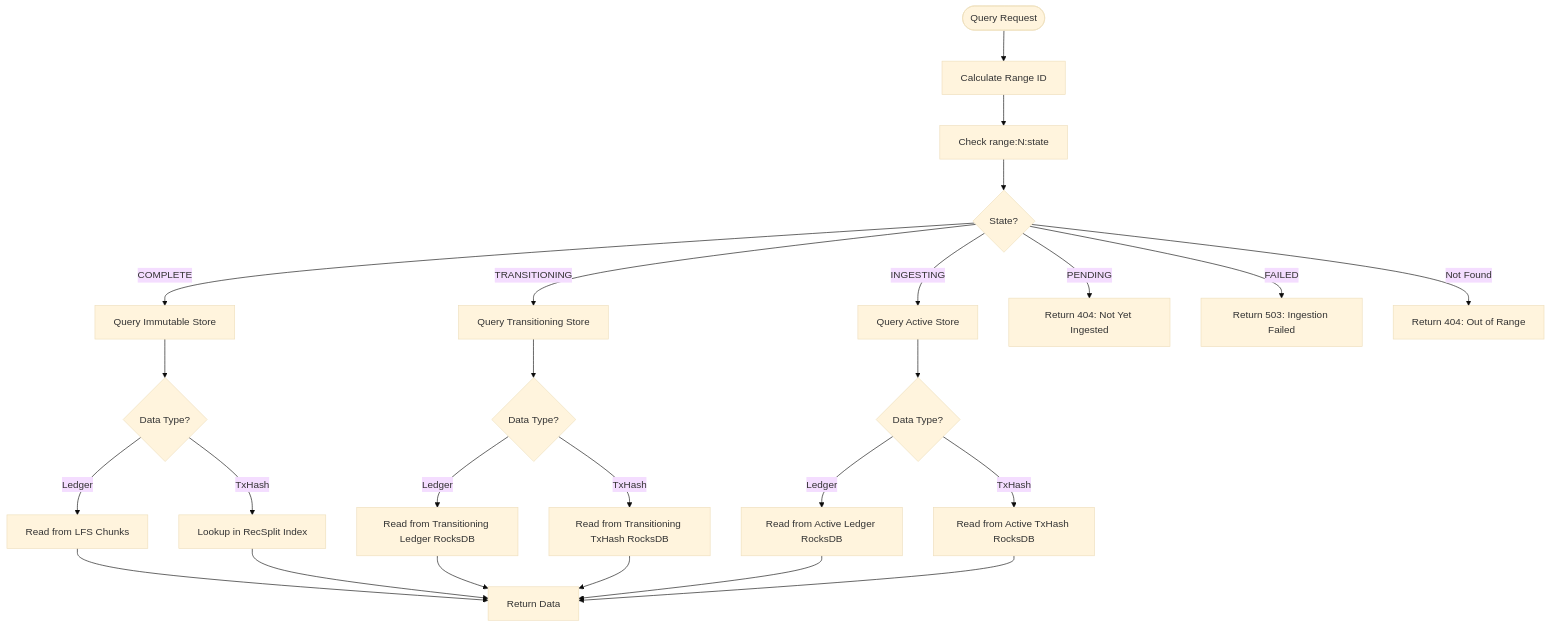
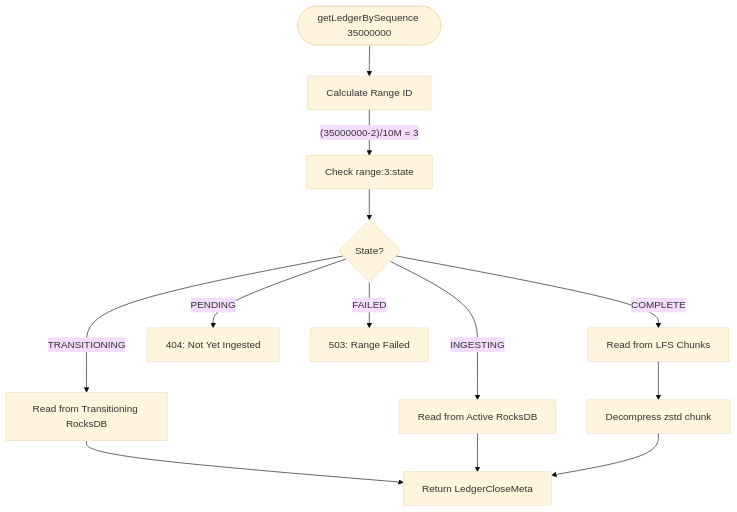
The first of 2 diagrams in design-docs/07-query-routing.md (karthikiyer56/stellar-full-history-ingestion), drawn with Mermaid (base theme) before and after one commit. The commit also changed other lines of this file and 1 other file, not shown here.

First line of the commit message:
docs(query-routing): rewrite with QueryRouter architecture, separate workflows, and false positive handling

````diff
--- a/design-docs/07-query-routing.md
+++ b/design-docs/07-query-routing.md
@@ -130,33 +266,18 @@
 ```mermaid
 flowchart TD
-    Request([Query Request]) --> CalcRange[Calculate Range ID]
-    CalcRange --> CheckState[Check range:N:state]
+    Request([getLedgerBySequence 35000000]) --> CalcRange[Calculate Range ID]
+    CalcRange --> |"(35000000-2)/10M = 3"| CheckState[Check range:3:state]
     
-    CheckState --> Complete{State?}
+    CheckState --> StateSwitch{State?}
     
-    Complete -->|COMPLETE| Immutable[Query Immutable Store]
-    Complete -->|TRANSITIONING| Transitioning[Query Transitioning Store]
-    Complete -->|INGESTING| Active[Query Active Store]
-    Complete -->|PENDING| Error404[Return 404: Not Yet Ingested]
-    Complete -->|FAILED| Error503[Return 503: Ingestion Failed]
-    Complete -->|Not Found| Error404Range[Return 404: Out of Range]
+    StateSwitch -->|COMPLETE| LFS[Read from LFS Chunks]
+    StateSwitch -->|TRANSITIONING| TransRocks[Read from Transitioning RocksDB]
+    StateSwitch -->|INGESTING| ActiveRocks[Read from Active RocksDB]
+    StateSwitch -->|PENDING| Err404[404: Not Yet Ingested]
+    StateSwitch -->|FAILED| Err503[503: Range Failed]
     
-    Immutable --> ImmutableType{Data Type?}
-    ImmutableType -->|Ledger| LFS[Read from LFS Chunks]
-    ImmutableType -->|TxHash| RecSplit[Lookup in RecSplit Index]
-    
-    Transitioning --> TransType{Data Type?}
-    TransType -->|Ledger| TransLedger[Read from Transitioning Ledger RocksDB]
-    TransType -->|TxHash| TransTxHash[Read from Transitioning TxHash RocksDB]
-    
-    Active --> ActiveType{Data Type?}
-    ActiveType -->|Ledger| ActiveLedger[Read from Active Ledger RocksDB]
-    ActiveType -->|TxHash| ActiveTxHash[Read from Active TxHash RocksDB]
-    
-    LFS --> Return[Return Data]
-    RecSplit --> Return
-    TransLedger --> Return
-    TransTxHash --> Return
-    ActiveLedger --> Return
-    ActiveTxHash --> Return
+    LFS --> Decompress[Decompress zstd chunk]
+    TransRocks --> Return[Return LedgerCloseMeta]
+    ActiveRocks --> Return
+    Decompress --> Return
 ```
````
